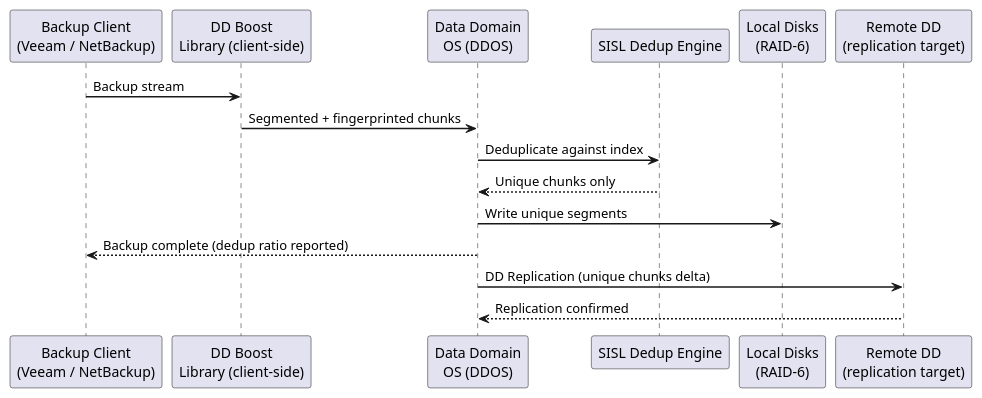
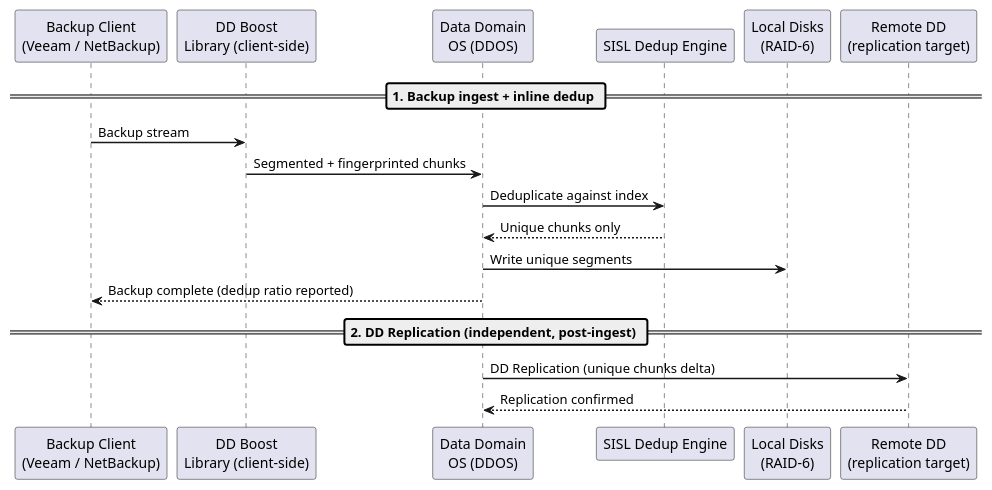
The first of 2 diagrams in docs/storage/products/dell/data-domain/architecture/how-it-works.md (canast01/chris-kb), drawn with PlantUML before and after one commit. The commit also changed 14 other files, not shown here.

First line of the commit message:
Add phase dividers to PlantUML sequence diagrams mixing unrelated flows; fix PowerMax escalation box-vs-footer overlap

````diff
--- a/docs/storage/products/dell/data-domain/architecture/how-it-works.md
+++ b/docs/storage/products/dell/data-domain/architecture/how-it-works.md
@@ -16,23 +16,25 @@
 ```plantuml
 @startuml
 skinparam sequenceArrowThickness 1.5
 skinparam roundcorner 5
 
 participant "Backup Client\n(Veeam / NetBackup)" as CLT
 participant "DD Boost\nLibrary (client-side)" as DDB
 participant "Data Domain\nOS (DDOS)" as DD
 participant "SISL Dedup Engine" as SISL
 participant "Local Disks\n(RAID-6)" as DISK
 participant "Remote DD\n(replication target)" as REMO
 
+== 1. Backup ingest + inline dedup ==
 CLT -> DDB: Backup stream
 DDB -> DD: Segmented + fingerprinted chunks
 DD -> SISL: Deduplicate against index
 SISL --> DD: Unique chunks only
 DD -> DISK: Write unique segments
 DD --> CLT: Backup complete (dedup ratio reported)
 
+== 2. DD Replication (independent, post-ingest) ==
 DD -> REMO: DD Replication (unique chunks delta)
 REMO --> DD: Replication confirmed
 @enduml
 ```
````
